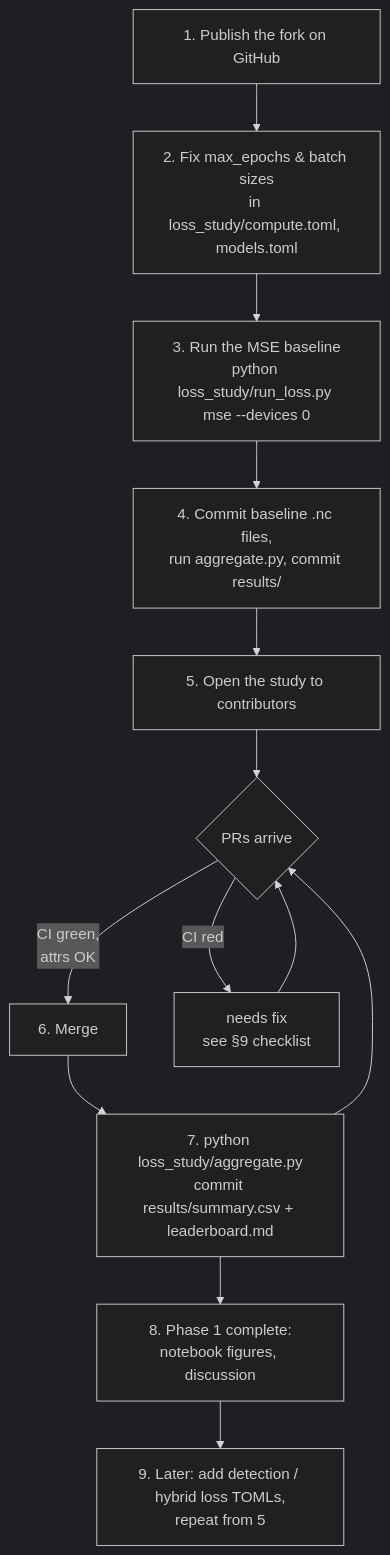
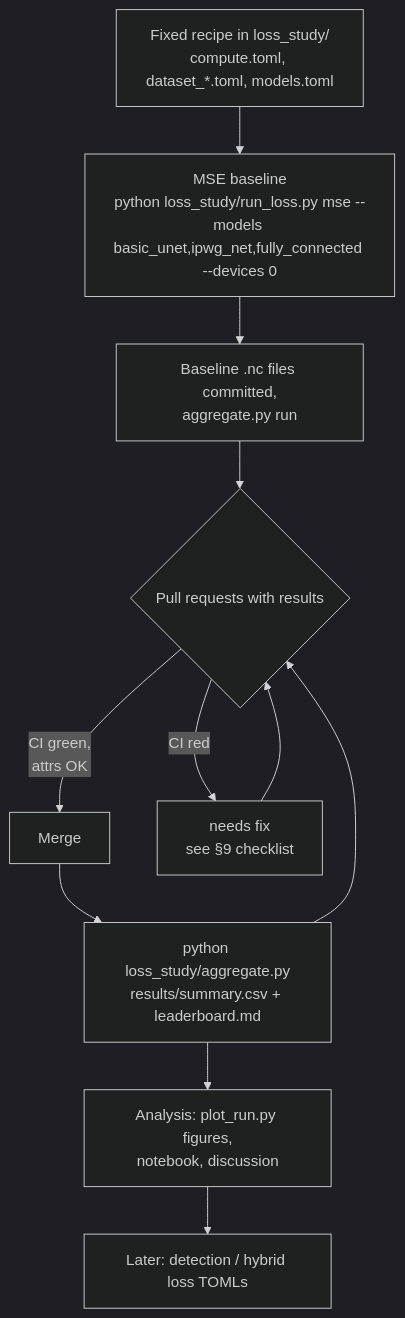
Before and after one commit to yash-upase/satrain_loss: the sixth of 9 diagrams in loss_study/STUDY_GUIDE.md, drawn with Mermaid (dark theme). The commit also changed other lines of this file and 13 other files, not shown here.

Commit message:
Study protocol: 100 epochs, current model focus, figure script

````diff
--- a/loss_study/STUDY_GUIDE.md
+++ b/loss_study/STUDY_GUIDE.md
@@ -326,15 +326,13 @@
 ```mermaid
 flowchart TD
-    A[1. Publish the fork on GitHub] --> B[2. Fix max_epochs & batch sizes<br/>in loss_study/compute.toml, models.toml]
-    B --> C[3. Run the MSE baseline<br/>python loss_study/run_loss.py mse --devices 0]
-    C --> D[4. Commit baseline .nc files,<br/>run aggregate.py, commit results/]
-    D --> E[5. Open the study to contributors]
-    E --> G{PRs arrive}
-    G -->|CI green,<br/>attrs OK| H[6. Merge]
+    A[Fixed recipe in loss_study/<br/>compute.toml, dataset_*.toml, models.toml] --> C[MSE baseline<br/>python loss_study/run_loss.py mse --models basic_unet,ipwg_net,fully_connected --devices 0]
+    C --> D[Baseline .nc files committed,<br/>aggregate.py run]
+    D --> G{Pull requests with results}
+    G -->|CI green,<br/>attrs OK| H[Merge]
     G -->|CI red| I[needs fix<br/>see §9 checklist]
     I --> G
-    H --> J[7. python loss_study/aggregate.py<br/>commit results/summary.csv + leaderboard.md]
+    H --> J[python loss_study/aggregate.py<br/>results/summary.csv + leaderboard.md]
     J --> G
-    J --> K[8. Phase 1 complete:<br/>notebook figures, discussion]
-    K --> L[9. Later: add detection / hybrid loss TOMLs,<br/>repeat from 5]
+    J --> K[Analysis: plot_run.py figures,<br/>notebook, discussion]
+    K --> L[Later: detection / hybrid loss TOMLs]
 ```
````
